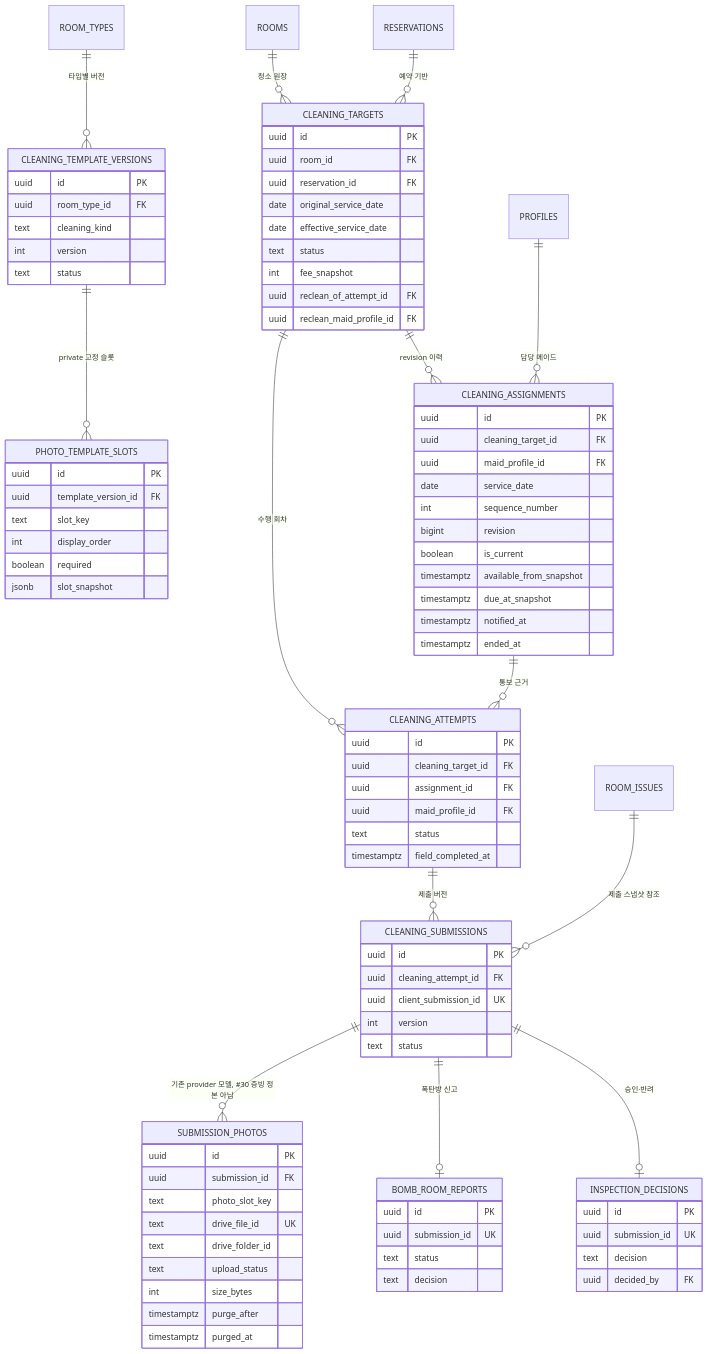
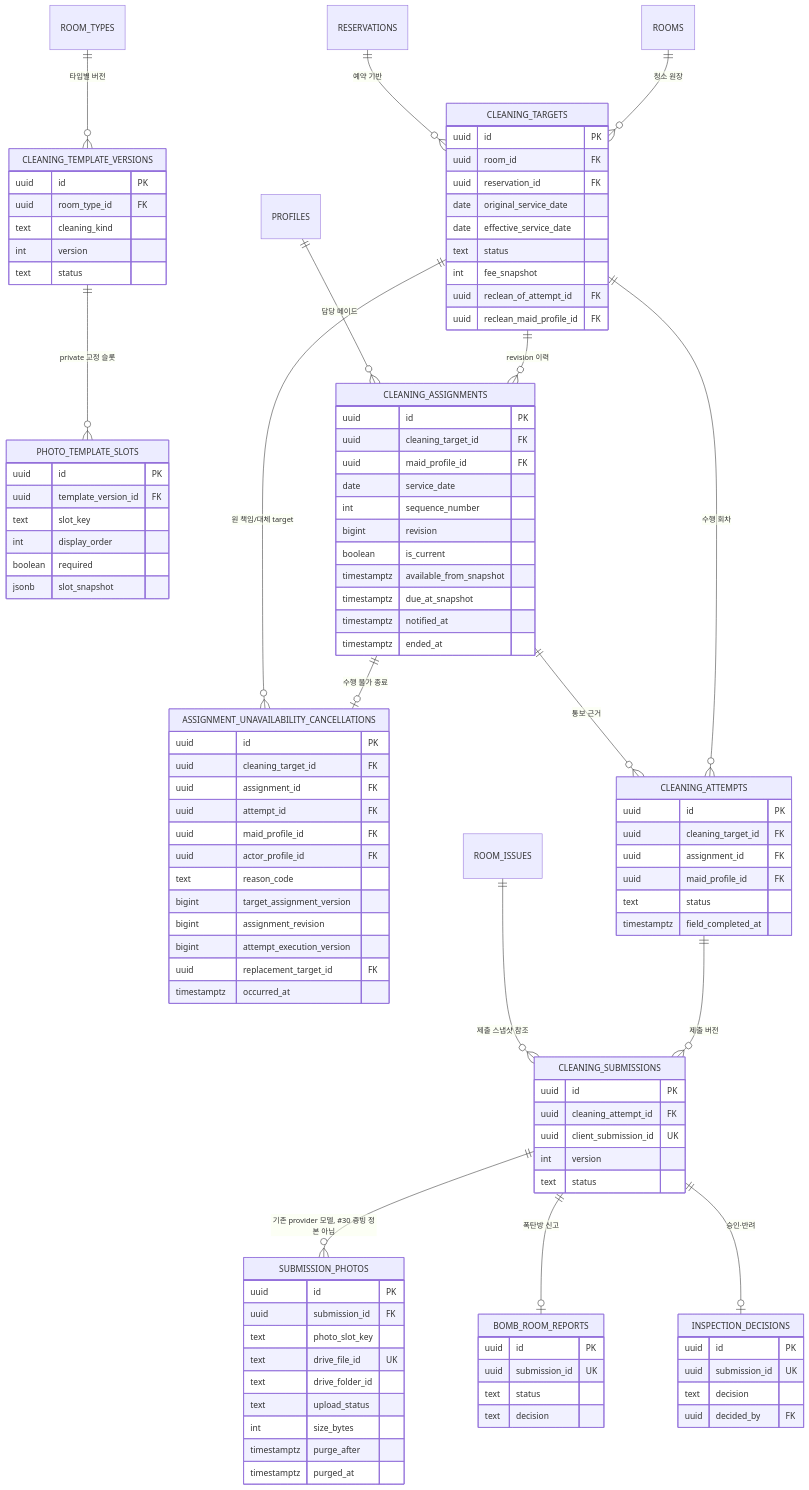
One commit to wrongstory/room-management-system-backend changed the fourth of 13 diagrams in docs/ERD.md. Above: the diagram before and after it, drawn with Mermaid. The commit also changed other lines of this file and 131 other files, not shown here.

```diff
--- a/docs/ERD.md
+++ b/docs/ERD.md
@@ -401,6 +401,8 @@
   RESERVATIONS ||--o{ CLEANING_TARGETS : "예약 기반"
   CLEANING_TARGETS ||--o{ CLEANING_ASSIGNMENTS : "revision 이력"
   PROFILES ||--o{ CLEANING_ASSIGNMENTS : "담당 메이드"
+  CLEANING_ASSIGNMENTS ||--o| ASSIGNMENT_UNAVAILABILITY_CANCELLATIONS : "수행 불가 종료"
+  CLEANING_TARGETS ||--o{ ASSIGNMENT_UNAVAILABILITY_CANCELLATIONS : "원 책임/대체 target"
   CLEANING_TARGETS ||--o{ CLEANING_ATTEMPTS : "수행 회차"
   CLEANING_ASSIGNMENTS ||--o{ CLEANING_ATTEMPTS : "통보 근거"
   CLEANING_ATTEMPTS ||--o{ CLEANING_SUBMISSIONS : "제출 버전"
@@ -448,6 +450,20 @@
     timestamptz notified_at
     timestamptz ended_at
   }
+  ASSIGNMENT_UNAVAILABILITY_CANCELLATIONS {
+    uuid id PK
+    uuid cleaning_target_id FK
+    uuid assignment_id FK
+    uuid attempt_id FK
+    uuid maid_profile_id FK
+    uuid actor_profile_id FK
+    text reason_code
+    bigint target_assignment_version
+    bigint assignment_revision
+    bigint attempt_execution_version
+    uuid replacement_target_id FK
+    timestamptz occurred_at
+  }
   CLEANING_ATTEMPTS {
     uuid id PK
     uuid cleaning_target_id FK
```
